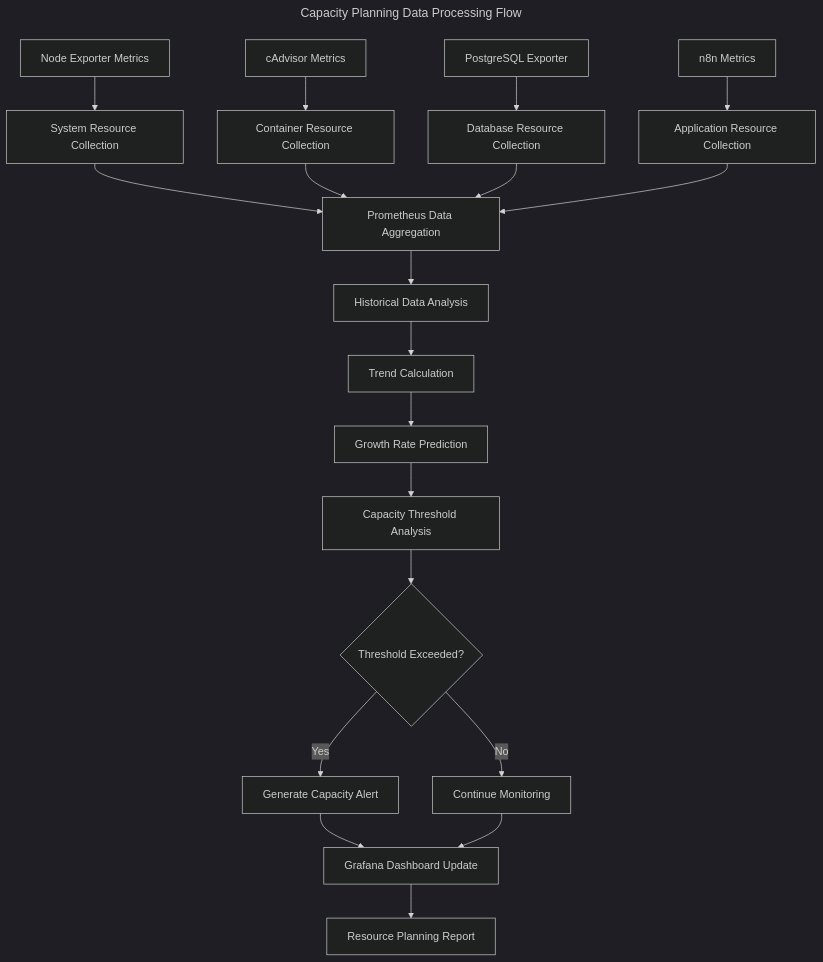
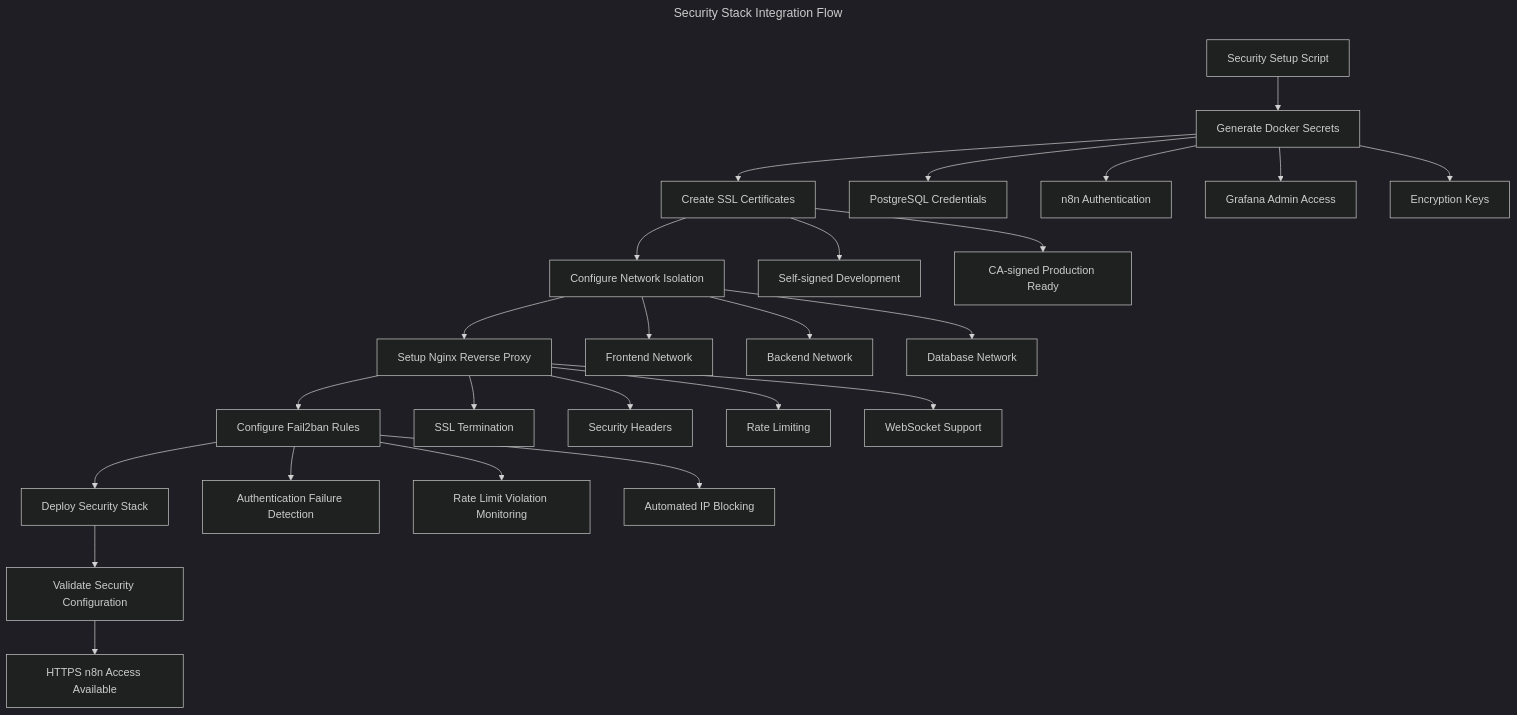
Before and after one commit to RustedVikingOG/n8n_docker_stack: diagram 26 of 32 in docs/designs/use_cases.md, drawn with Mermaid (dark theme). The commit also changed other lines of this file and 2 other files, not shown here.

````diff
--- a/docs/designs/use_cases.md
+++ b/docs/designs/use_cases.md
@@ -1364,26 +1047,35 @@
 ```mermaid
 ---
-title: Capacity Planning Data Processing Flow
+title: Security Stack Integration Flow
 ---
 flowchart TD
-    A["Node Exporter Metrics"] --> B["System Resource Collection"]
-    C["cAdvisor Metrics"] --> D["Container Resource Collection"]
-    E["PostgreSQL Exporter"] --> F["Database Resource Collection"]
-    G["n8n Metrics"] --> H["Application Resource Collection"]
+    A["Security Setup Script"] --> B["Generate Docker Secrets"]
+    B --> C["Create SSL Certificates"]
+    C --> D["Configure Network Isolation"]
+    D --> E["Setup Nginx Reverse Proxy"]
+    E --> F["Configure Fail2ban Rules"]
+    F --> G["Deploy Security Stack"]
+    G --> H["Validate Security Configuration"]
+    H --> I["HTTPS n8n Access Available"]
     
-    B --> I["Prometheus Data Aggregation"]
-    D --> I
-    F --> I
-    H --> I
+    B --> J["PostgreSQL Credentials"]
+    B --> K["n8n Authentication"]
+    B --> L["Grafana Admin Access"]
+    B --> M["Encryption Keys"]
     
-    I --> J["Historical Data Analysis"]
-    J --> K["Trend Calculation"]
-    K --> L["Growth Rate Prediction"]
-    L --> M["Capacity Threshold Analysis"]
-    M --> N{"Threshold Exceeded?"}
-    N -->|Yes| O["Generate Capacity Alert"]
-    N -->|No| P["Continue Monitoring"]
-    O --> Q["Grafana Dashboard Update"]
-    P --> Q
-    Q --> R["Resource Planning Report"]
+    C --> N["Self-signed Development"]
+    C --> O["CA-signed Production Ready"]
+    
+    D --> P["Frontend Network"]
+    D --> Q["Backend Network"]
+    D --> R["Database Network"]
+    
+    E --> S["SSL Termination"]
+    E --> T["Security Headers"]
+    E --> U["Rate Limiting"]
+    E --> V["WebSocket Support"]
+    
+    F --> W["Authentication Failure Detection"]
+    F --> X["Rate Limit Violation Monitoring"]
+    F --> Y["Automated IP Blocking"]
 ```
````
